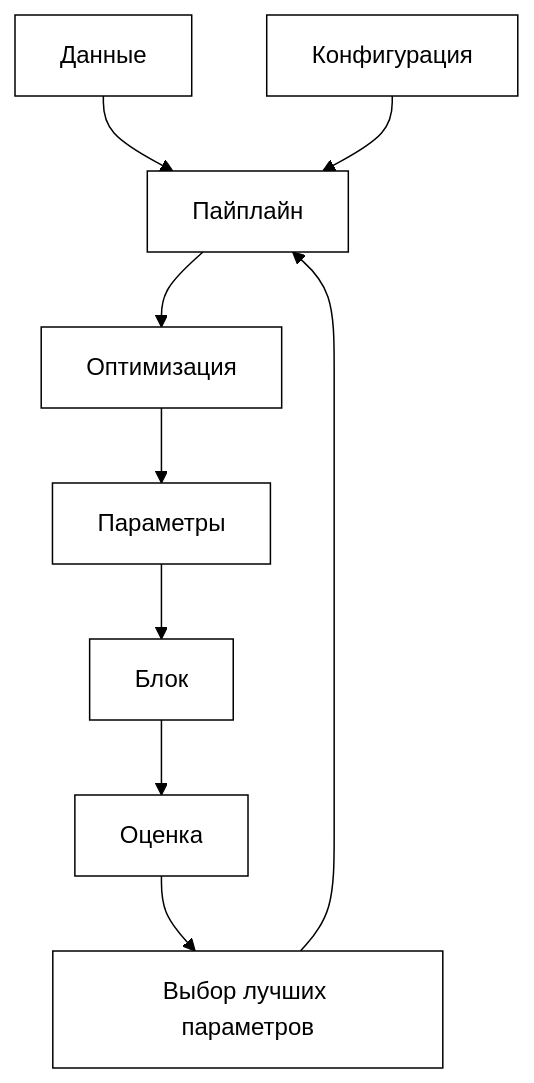
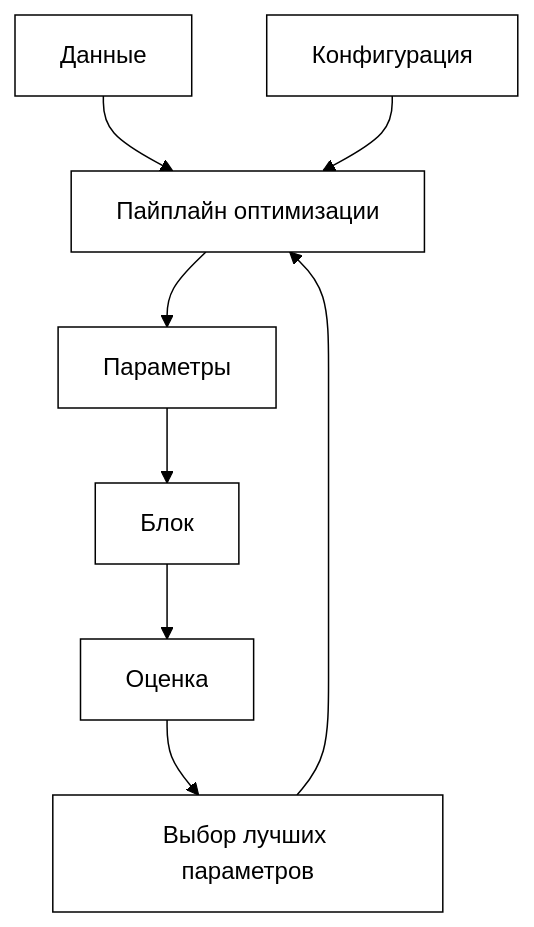
The first of 2 diagrams in thesis.org (Samoed/masters_thesis), drawn with Mermaid before and after one commit. The commit also changed other lines of this file and 5 other files, not shown here.

```diff
--- a/thesis.org
+++ b/thesis.org
@@ -78,31 +165,29 @@
-#+begin_src mermaid :file img/mermaid/framework_schema.png :results output :theme neutral
+#+begin_src mermaid :file img/mermaid/framework_schema.png :results output :theme neutral :scale 5
 %%{
    init: {
      "theme": 'base',
      "themeVariables": {
        "primaryColor": '#FFF',
        "primaryTextColor": '#000',
        "primaryBorderColor": '#000',
        "lineColor": '#000'
      }
    }
 }%%
-flowchart TD
+flowchart TB
     data[Данные]
     config[Конфигурация]
-    pipeline[Пайплайн]
-    optimization[Оптимизация]
+    pipeline[Пайплайн оптимизации]
     params[Параметры]
     block[Блок]
     scoring[Оценка]
     select_best[Выбор лучших параметров]
 
     data --> pipeline
     config --> pipeline
-    pipeline --> optimization
-    optimization --> params
+    pipeline --> params
     params --> block
     block --> scoring
     scoring --> select_best
     select_best --> pipeline
 #+end_src
```
